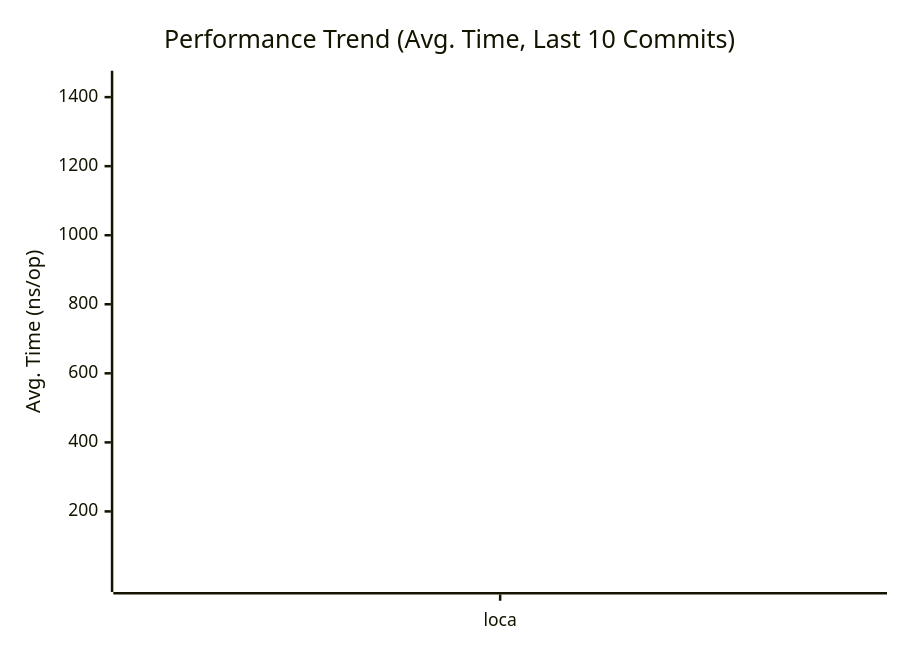
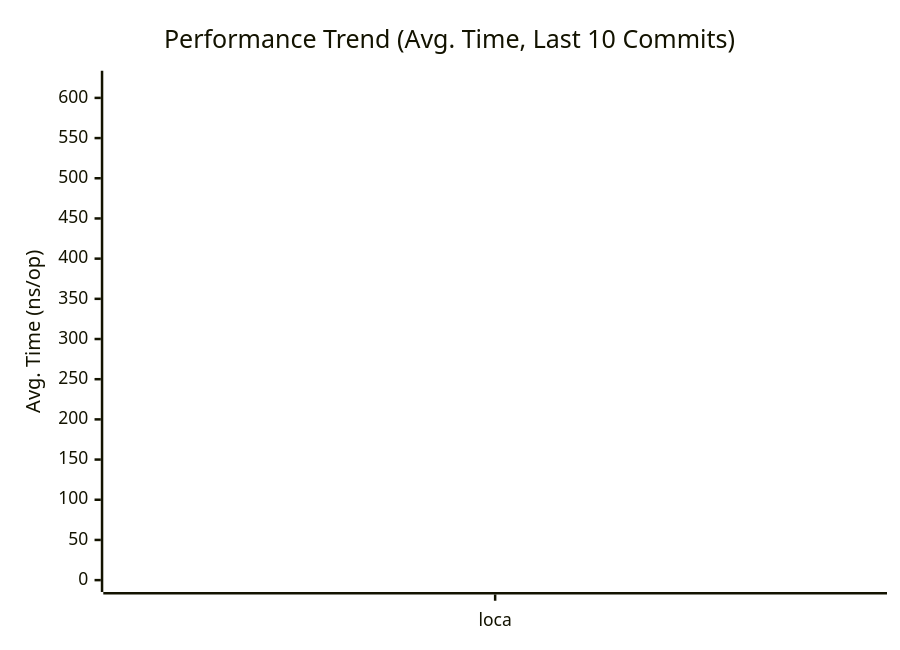
The first of 3 diagrams in docs/PERFORMANCE.md (alsotoes/momo), drawn with Mermaid before and after one commit. The commit also changed other lines of this file and 9 other files, not shown here.

````diff
--- a/docs/PERFORMANCE.md
+++ b/docs/PERFORMANCE.md
@@ -80,16 +80,16 @@
 ```mermaid
 xychart-beta
     title "Performance Trend (Avg. Time, Last 10 Commits)"
     x-axis "Commit"
     y-axis "Avg. Time (ns/op)"
     x-axis [loca]
-    line "CheckMetricsAndSwap" [14,7,6,6,7,7,6,7,12,10]
-    line "CrushOptimized" [618,264,255,245,263,280,255,304,400,393]
-    line "CrushOriginal" [831,362,367,368,359,367,362,423,775,552]
-    line "IndexDirectTracking" [1,0,0,0,0,0,0,0,0,0]
-    line "IndexSearch" [4,3,3,3,3,3,3,3,4,4]
-    line "LoadGlobalConfig" [1442,632,613,599,626,637,616,726,953,883]
-    line "PadString" [3,2,2,2,2,2,2,2,2,2]
+    line "CheckMetricsAndSwap" [6,7,14,7,6,6,7,7,6,8]
+    line "CrushOptimized" [265,295,618,264,255,245,263,280,255,293]
+    line "CrushOriginal" [399,426,831,362,367,368,359,367,362,401]
+    line "IndexDirectTracking" [0,0,1,0,0,0,0,0,0,0]
+    line "IndexSearch" [3,3,4,3,3,3,3,3,3,3]
+    line "LoadGlobalConfig" [619,815,1442,632,613,599,626,637,616,649]
+    line "PadString" [2,2,3,2,2,2,2,2,2,2]
     line "ParseReplicationOrder_NoPrealloc" [350,349,357,354,345,225,229,165,232,234]
     line "ParseReplicationOrder_Prealloc" [229,231,237,234,229,108,107,80,110,109]
 ```
````
